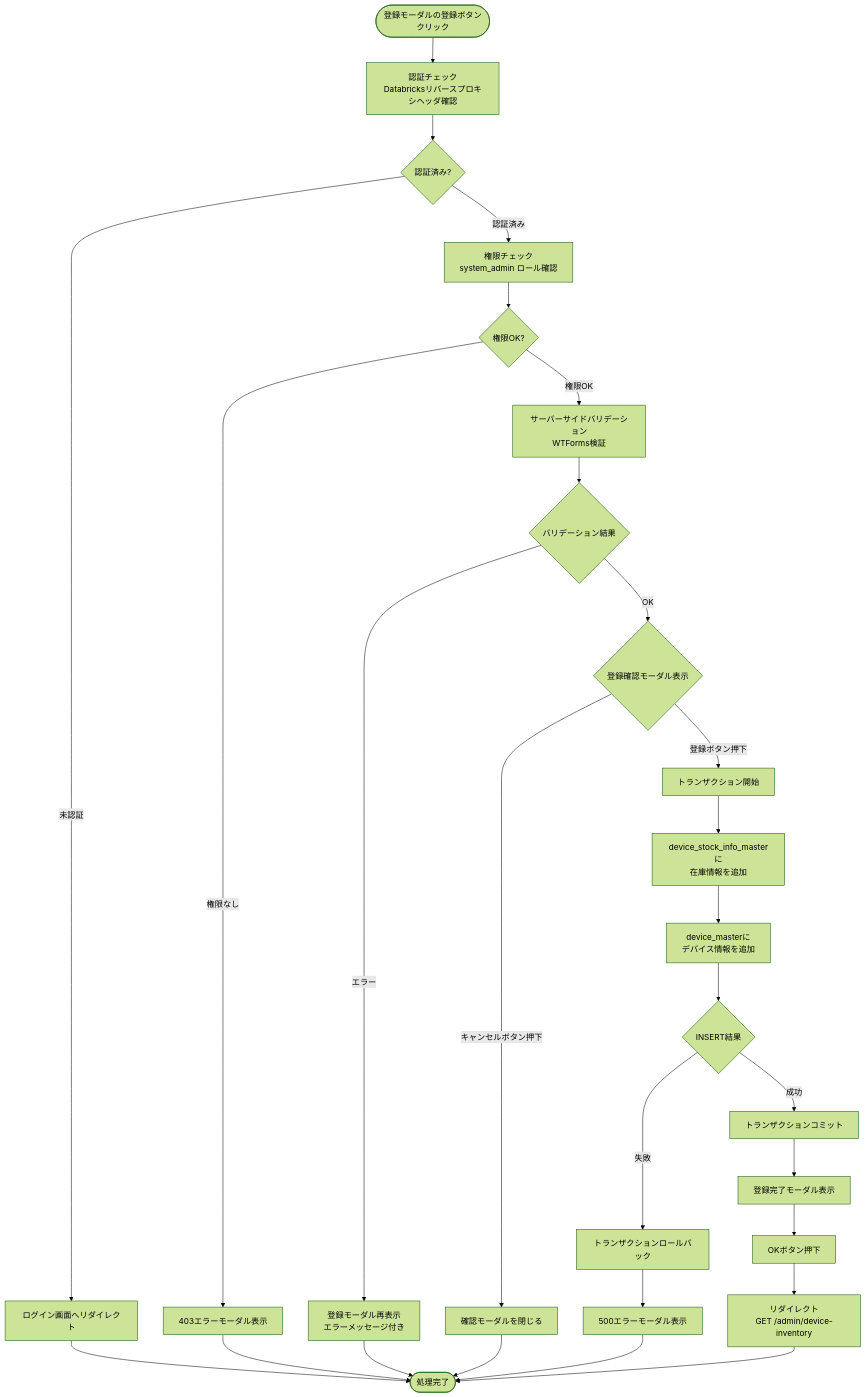
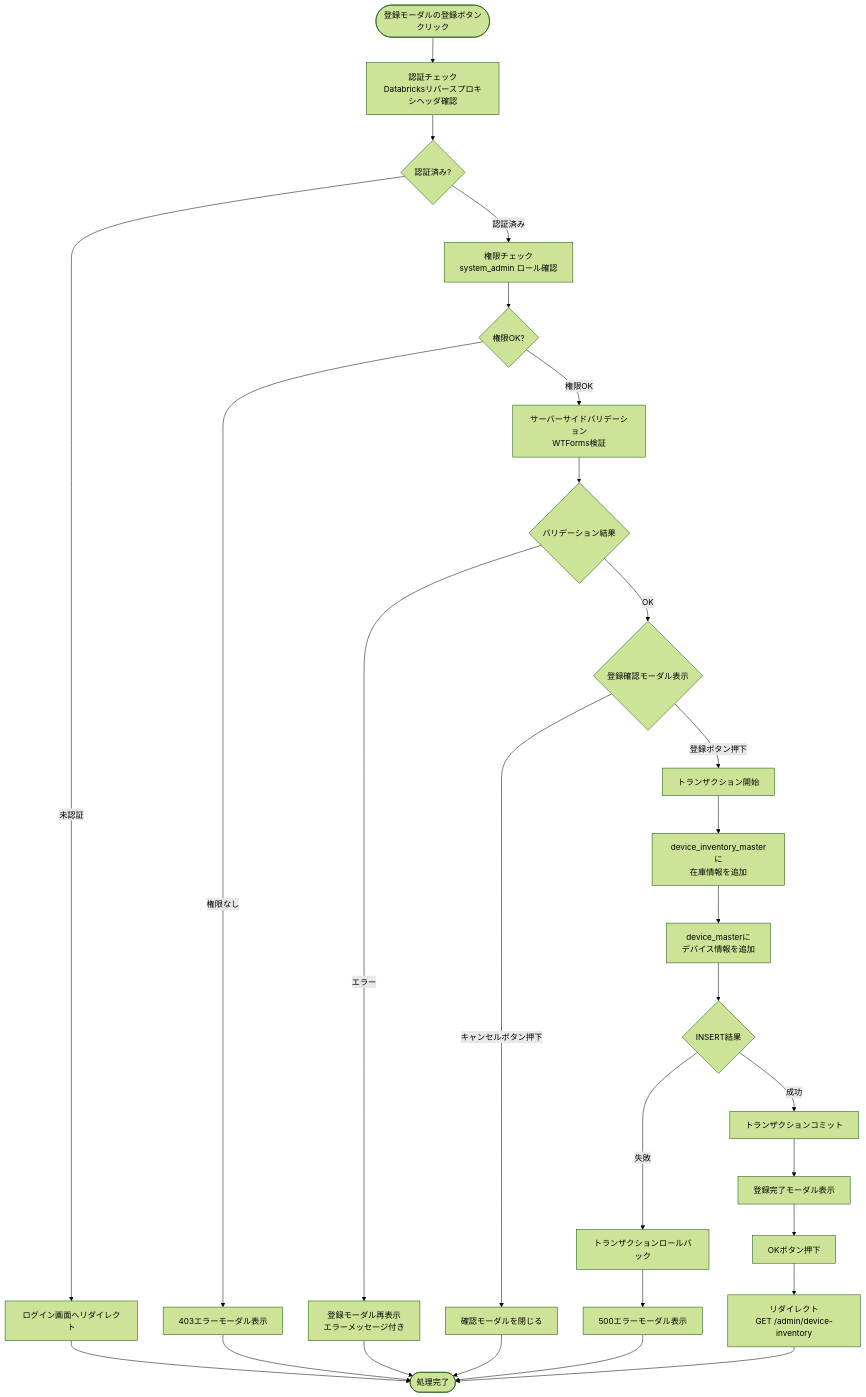
One commit to NSW-SVCP-AIWG002/Databricks-IoT changed the fourth of 9 diagrams in docs/03-features/flask-app/device-inventory/workflow-specification.md. Above: the diagram before and after it, drawn with Mermaid (forest theme). The commit also changed other lines of this file and 4 other files, not shown here.

````diff
--- a/docs/03-features/flask-app/device-inventory/workflow-specification.md
+++ b/docs/03-features/flask-app/device-inventory/workflow-specification.md
@@ -484,38 +484,38 @@
 ```mermaid
 flowchart TD
     Start([登録モーダルの登録ボタン<br>クリック]) --> Auth[認証チェック<br>Databricksリバースプロキシヘッダ確認]
     Auth --> CheckAuth{認証済み?}
     CheckAuth -->|未認証| Error401[ログイン画面へリダイレクト]
     Error401 --> End([処理完了])
 
     CheckAuth -->|認証済み| Permission[権限チェック<br>system_admin ロール確認]
     Permission --> CheckPerm{権限OK?}
     CheckPerm -->|権限なし| Error403[403エラーモーダル表示]
     Error403 --> End
 
     CheckPerm -->|権限OK| Validate[サーバーサイドバリデーション<br>WTForms検証]
     Validate --> ValidCheck{バリデーション結果}
 
     ValidCheck -->|エラー| ValidError[登録モーダル再表示<br>エラーメッセージ付き]
     ValidError --> End
 
     ValidCheck -->|OK| OpenModal{登録確認モーダル表示}
 
     OpenModal -->|キャンセルボタン押下| CloseModal[確認モーダルを閉じる]
     CloseModal --> End
 
     OpenModal -->|登録ボタン押下| BeginTx[トランザクション開始]
-    BeginTx --> InsertStock[device_stock_info_masterに<br>在庫情報を追加]
-    InsertStock --> InsertDevice[device_masterに<br>デバイス情報を追加]
+    BeginTx --> InsertInventory[device_inventory_masterに<br>在庫情報を追加]
+    InsertInventory --> InsertDevice[device_masterに<br>デバイス情報を追加]
     InsertDevice --> InsertResult{INSERT結果}
 
     InsertResult -->|失敗| Rollback[トランザクションロールバック]
     Rollback --> Error500[500エラーモーダル表示]
     Error500 --> End
 
     InsertResult -->|成功| Commit[トランザクションコミット]
     Commit --> ShowComplete[登録完了モーダル表示]
     ShowComplete --> UserOK[OKボタン押下]
     UserOK --> Redirect[リダイレクト<br>GET /admin/device-inventory]
     Redirect --> End
 ```
````
